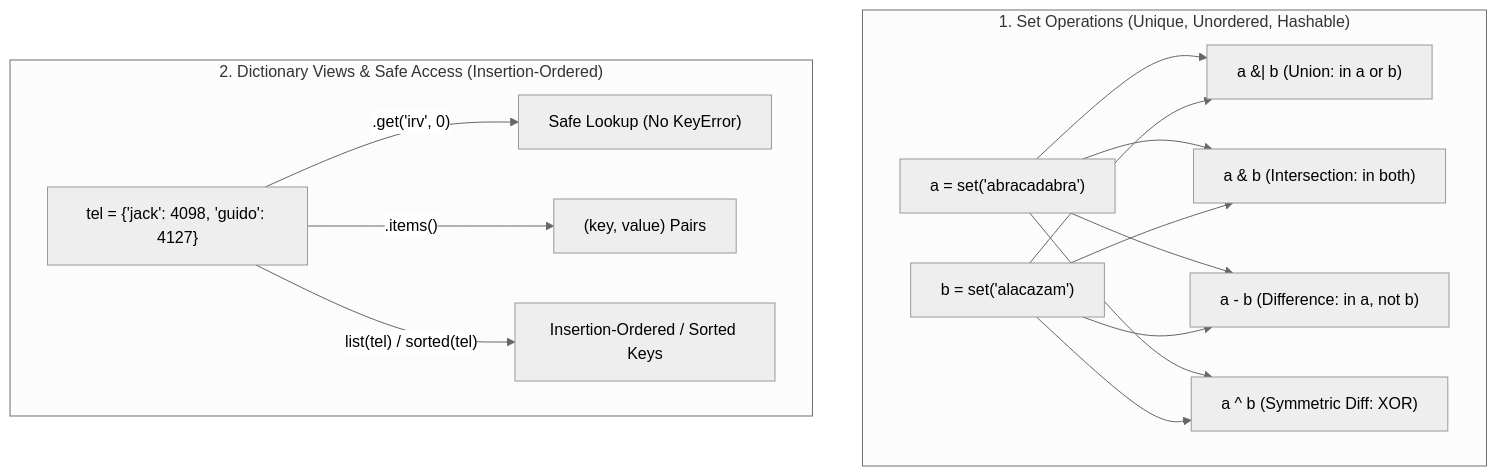
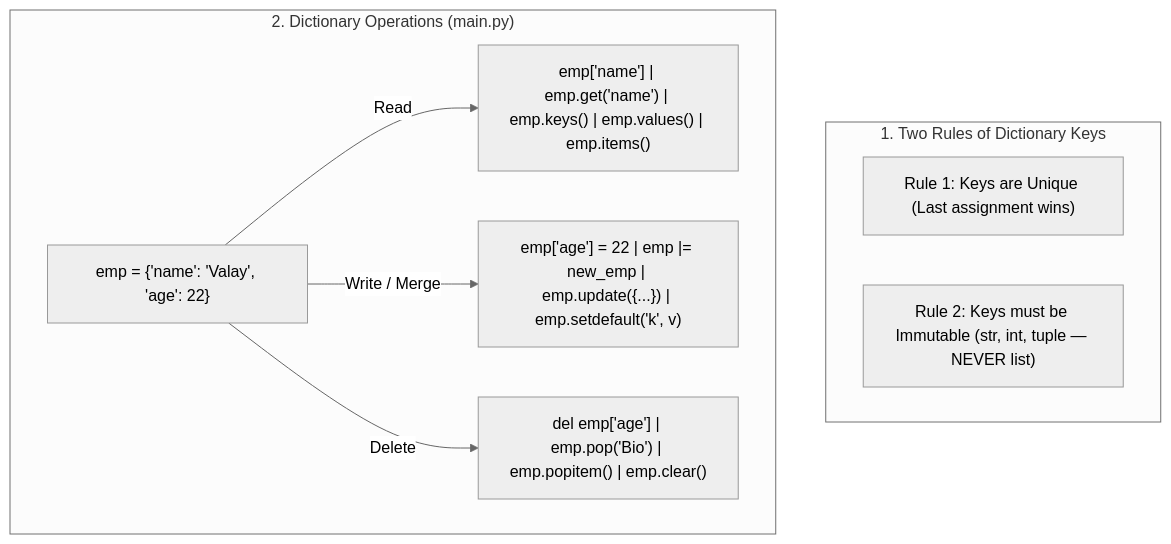
One commit to Valay-2004/Notes changed the diagram in Python/08. Sets & Dictionaries.md. Above: the diagram before and after it, drawn with Mermaid (neutral theme). The commit also changed other lines of this file and 13 other files, not shown here.

````diff
--- a/Python/08. Sets & Dictionaries.md
+++ b/Python/08. Sets & Dictionaries.md
@@ -120,21 +142,13 @@
 ```mermaid
 flowchart TD
-    subgraph SET["1. Set Operations (Unique, Unordered, Hashable)"]
-        SA["a = set('abracadabra')"]
-        SB["b = set('alacazam')"]
-        SA --> OP1["a &#124; b (Union: in a or b)"]
-        SB --> OP1
-        SA --> OP2["a &amp; b (Intersection: in both)"]
-        SB --> OP2
-        SA --> OP3["a - b (Difference: in a, not b)"]
-        SB --> OP3
-        SA --> OP4["a ^ b (Symmetric Diff: XOR)"]
-        SB --> OP4
+    subgraph RULES["1. Two Rules of Dictionary Keys"]
+        R1["Rule 1: Keys are Unique (Last assignment wins)"]
+        R2["Rule 2: Keys must be Immutable (str, int, tuple — NEVER list)"]
     end
-    subgraph DICT["2. Dictionary Views & Safe Access (Insertion-Ordered)"]
-        D["tel = {'jack': 4098, 'guido': 4127}"]
-        D -->|".get('irv', 0)"| G["Safe Lookup (No KeyError)"]
-        D -->|".items()"| IT["(key, value) Pairs"]
-        D -->|"list(tel) / sorted(tel)"| K["Insertion-Ordered / Sorted Keys"]
+    subgraph METHODS["2. Dictionary Operations (main.py)"]
+        D["emp = {'name': 'Valay', 'age': 22}"]
+        D -->|"Read"| M1["emp['name'] | emp.get('name') | emp.keys() | emp.values() | emp.items()"]
+        D -->|"Write / Merge"| M2["emp['age'] = 22 | emp |= new_emp | emp.update({...}) | emp.setdefault('k', v)"]
+        D -->|"Delete"| M3["del emp['age'] | emp.pop('Bio') | emp.popitem() | emp.clear()"]
     end
 ```
````
